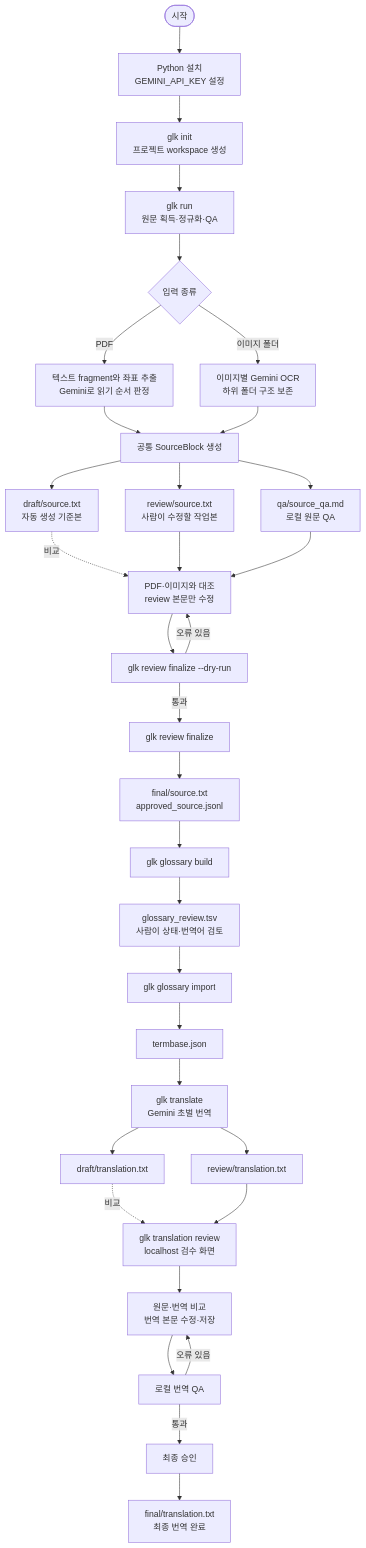
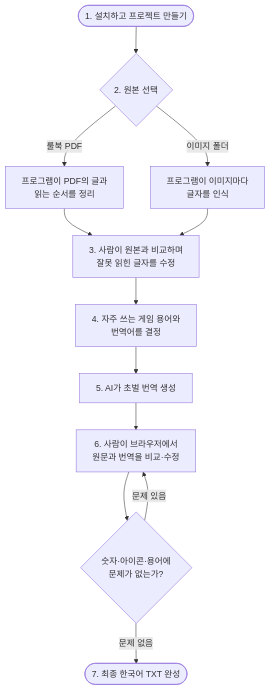
The diagram in source/README.md (JJUN777/game-localization-kit), drawn with Mermaid before and after one commit. The commit also changed other lines of this file and 50 other files, not shown here.

````diff
--- a/source/README.md
+++ b/source/README.md
@@ -38,41 +23,15 @@
 ```mermaid
 flowchart TD
-    START([시작]) --> SETUP[Python 설치<br/>GEMINI_API_KEY 설정]
-    SETUP --> INIT[glk init<br/>프로젝트 workspace 생성]
-    INIT --> RUN[glk run<br/>원문 획득·정규화·QA]
-    RUN --> INPUT{입력 종류}
-
-    INPUT -->|PDF| PDF[텍스트 fragment와 좌표 추출<br/>Gemini로 읽기 순서 판정]
-    INPUT -->|이미지 폴더| IMAGE[이미지별 Gemini OCR<br/>하위 폴더 구조 보존]
-
-    PDF --> SOURCE[공통 SourceBlock 생성]
-    IMAGE --> SOURCE
-    SOURCE --> DRAFT[draft/source.txt<br/>자동 생성 기준본]
-    SOURCE --> REVIEW[review/source.txt<br/>사람이 수정할 작업본]
-    SOURCE --> SOURCE_QA[qa/source_qa.md<br/>로컬 원문 QA]
-
-    DRAFT -. 비교 .-> HUMAN_SOURCE[PDF·이미지와 대조<br/>review 본문만 수정]
-    REVIEW --> HUMAN_SOURCE
-    SOURCE_QA --> HUMAN_SOURCE
-    HUMAN_SOURCE --> SOURCE_CHECK[glk review finalize --dry-run]
-    SOURCE_CHECK -->|오류 있음| HUMAN_SOURCE
-    SOURCE_CHECK -->|통과| SOURCE_FINAL[glk review finalize]
-
-    SOURCE_FINAL --> APPROVED_SOURCE[final/source.txt<br/>approved_source.jsonl]
-    APPROVED_SOURCE --> GLOSSARY_BUILD[glk glossary build]
-    GLOSSARY_BUILD --> GLOSSARY_TSV[glossary_review.tsv<br/>사람이 상태·번역어 검토]
-    GLOSSARY_TSV --> GLOSSARY_IMPORT[glk glossary import]
-    GLOSSARY_IMPORT --> TERMBASE[termbase.json]
-
-    TERMBASE --> TRANSLATE[glk translate<br/>Gemini 초벌 번역]
-    TRANSLATE --> TRANS_DRAFT[draft/translation.txt]
-    TRANSLATE --> TRANS_REVIEW[review/translation.txt]
-    TRANS_DRAFT -. 비교 .-> BROWSER[glk translation review<br/>localhost 검수 화면]
-    TRANS_REVIEW --> BROWSER
-
-    BROWSER --> HUMAN_TRANS[원문·번역 비교<br/>번역 본문 수정·저장]
-    HUMAN_TRANS --> TRANS_QA[로컬 번역 QA]
-    TRANS_QA -->|오류 있음| HUMAN_TRANS
-    TRANS_QA -->|통과| TRANS_FINAL[최종 승인]
-    TRANS_FINAL --> RESULT[final/translation.txt<br/>최종 번역 완료]
+    START([1. 설치하고 프로젝트 만들기])
+    START --> SELECT{2. 원본 선택}
+    SELECT -->|룰북 PDF| PDF[프로그램이 PDF의 글과<br/>읽는 순서를 정리]
+    SELECT -->|이미지 폴더| IMAGE[프로그램이 이미지마다<br/>글자를 인식]
+    PDF --> SOURCE_REVIEW[3. 사람이 원본과 비교하며<br/>잘못 읽힌 글자를 수정]
+    IMAGE --> SOURCE_REVIEW
+    SOURCE_REVIEW --> WORDS[4. 자주 쓰는 게임 용어와<br/>번역어를 결정]
+    WORDS --> DRAFT[5. AI가 초벌 번역 생성]
+    DRAFT --> TRANS_REVIEW[6. 사람이 브라우저에서<br/>원문과 번역을 비교·수정]
+    TRANS_REVIEW --> CHECK{숫자·아이콘·용어에<br/>문제가 없는가?}
+    CHECK -->|문제 있음| TRANS_REVIEW
+    CHECK -->|문제 없음| RESULT([7. 최종 한국어 TXT 완성])
 ```
````
